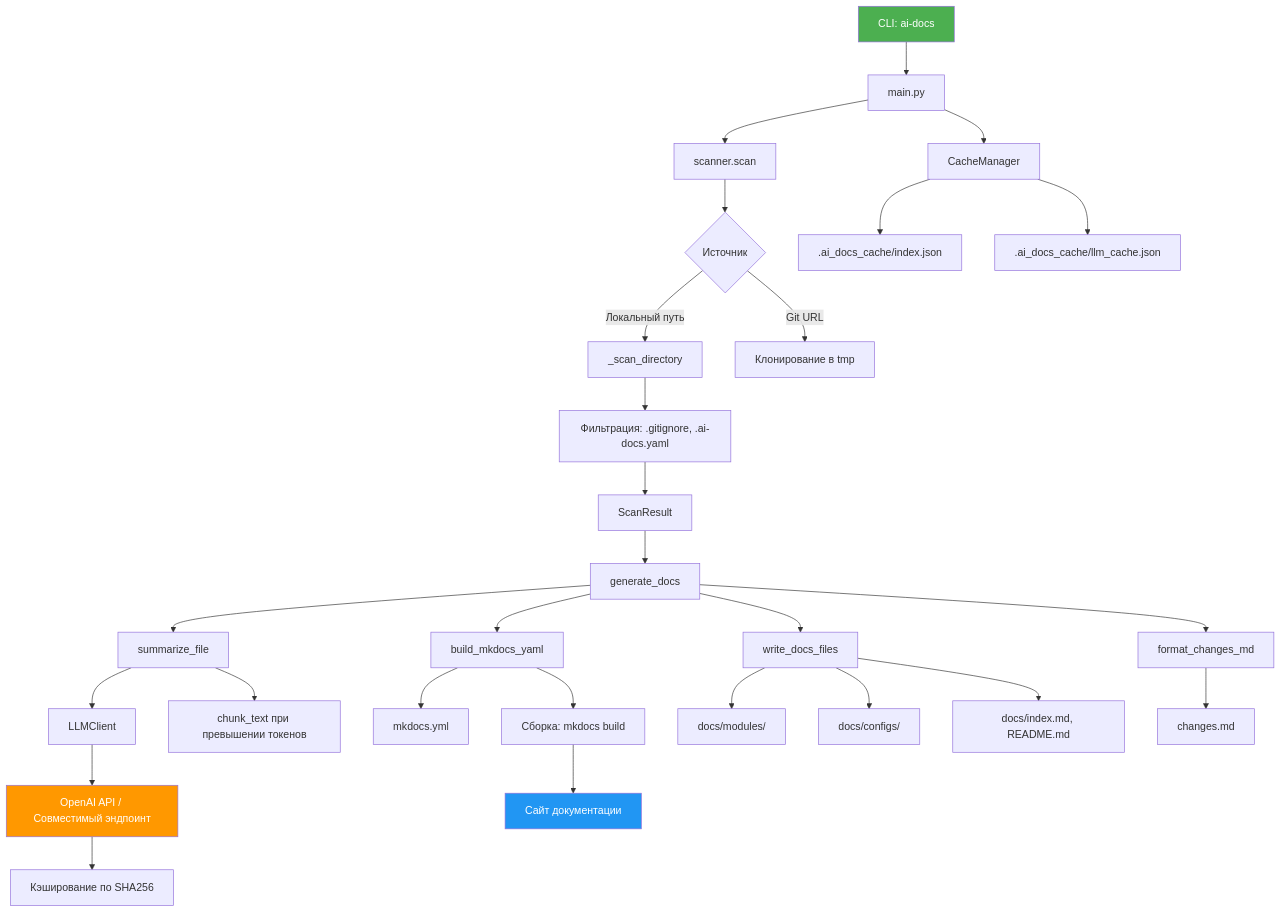
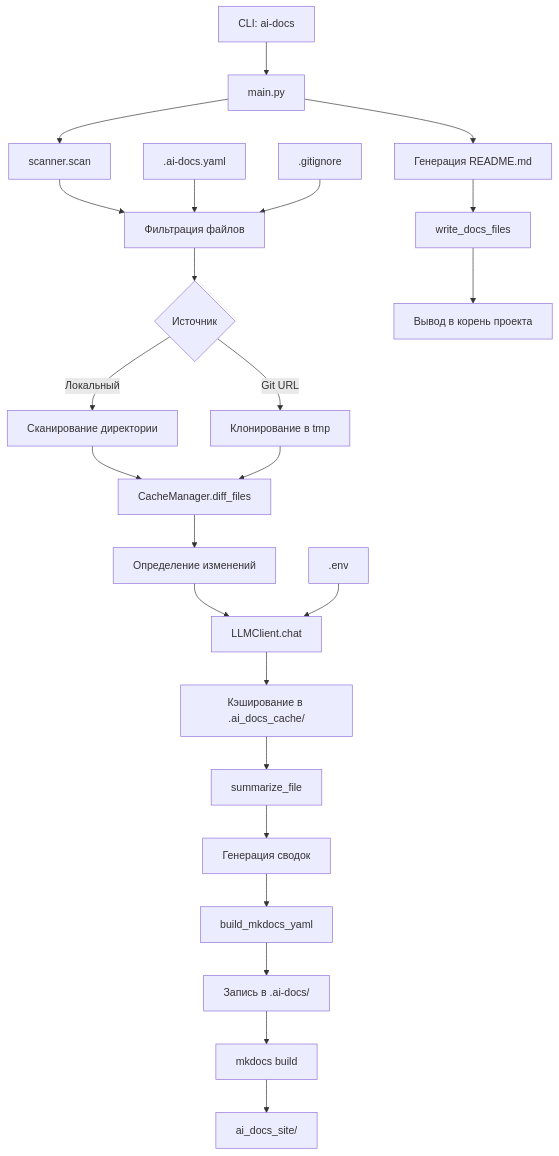
The diagram in .ai-docs/architecture.md (LKosoj/ai-docs), drawn with Mermaid before and after one commit. The commit also changed other lines of this file and 42 other files, not shown here.

````diff
--- a/.ai-docs/architecture.md
+++ b/.ai-docs/architecture.md
@@ -3,32 +3,26 @@
 ```mermaid
 graph TD
     A[CLI: ai-docs] --> B[main.py]
     B --> C[scanner.scan]
-    C --> D{Источник}
-    D -->|Локальный путь| E[_scan_directory]
-    D -->|Git URL| F[Клонирование в tmp]
-    E --> G[Фильтрация: .gitignore, .ai-docs.yaml]
-    G --> H[ScanResult]
-    B --> I[CacheManager]
-    I --> J[.ai_docs_cache/index.json]
-    I --> K[.ai_docs_cache/llm_cache.json]
-    H --> L[generate_docs]
-    L --> M[summarize_file]
-    M --> N[LLMClient]
-    N --> O[OpenAI API / Совместимый эндпоинт]
-    O --> P[Кэширование по SHA256]
-    M --> Q[chunk_text при превышении токенов]
-    L --> R[build_mkdocs_yaml]
-    R --> S[mkdocs.yml]
-    L --> T[write_docs_files]
-    T --> U[docs/modules/]
-    T --> V[docs/configs/]
-    T --> W[docs/index.md, README.md]
-    L --> X[format_changes_md]
-    X --> Y[changes.md]
-    R --> Z[Сборка: mkdocs build]
-    Z --> AA[Сайт документации]
-    style A fill:#4CAF50, color:white
-    style AA fill:#2196F3, color:white
-    style O fill:#FF9800, color:white
+    C --> D[Фильтрация файлов]
+    D --> E{Источник}
+    E -->|Локальный| F[Сканирование директории]
+    E -->|Git URL| G[Клонирование в tmp]
+    F --> H[CacheManager.diff_files]
+    G --> H
+    H --> I[Определение изменений]
+    I --> J[LLMClient.chat]
+    J --> K[Кэширование в .ai_docs_cache/]
+    K --> L[summarize_file]
+    L --> M[Генерация сводок]
+    M --> N[build_mkdocs_yaml]
+    N --> O[Запись в .ai-docs/]
+    O --> P[mkdocs build]
+    P --> Q[ai_docs_site/]
+    B --> R[Генерация README.md]
+    R --> S[write_docs_files]
+    S --> T[Вывод в корень проекта]
+    U[.ai-docs.yaml] --> D
+    V[.gitignore] --> D
+    W[.env] --> J
 ```
````
